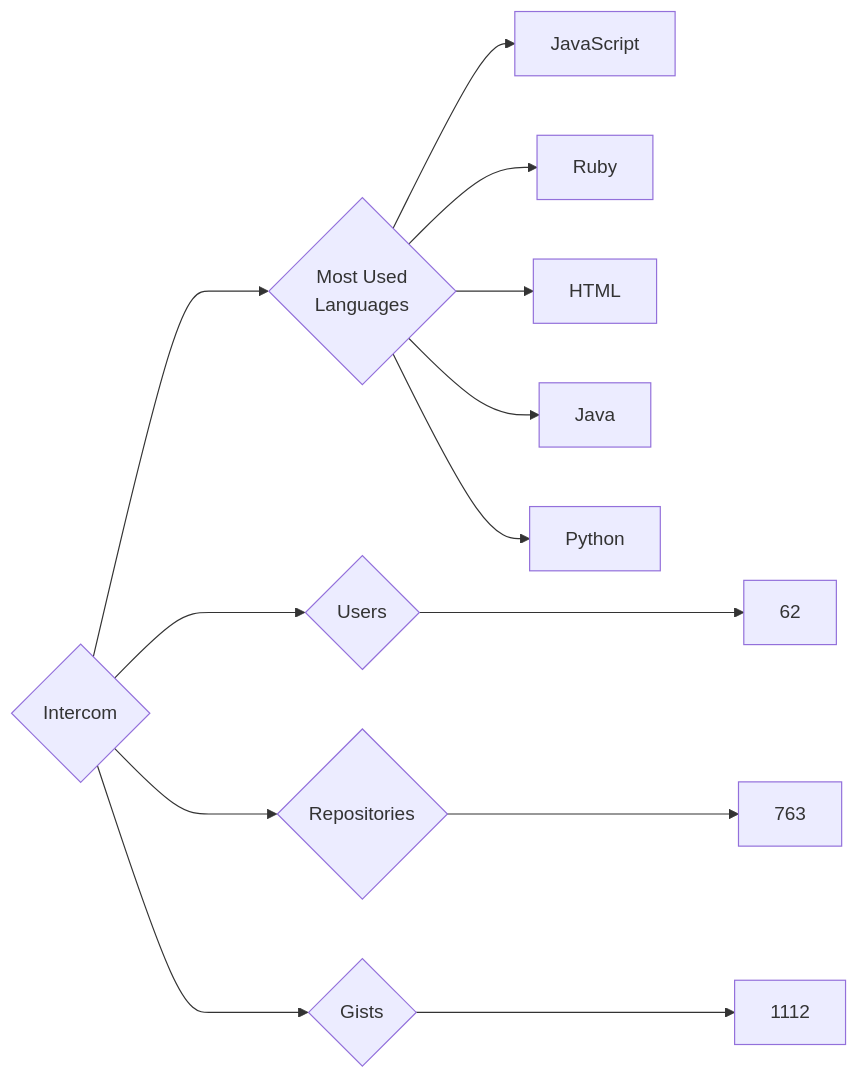
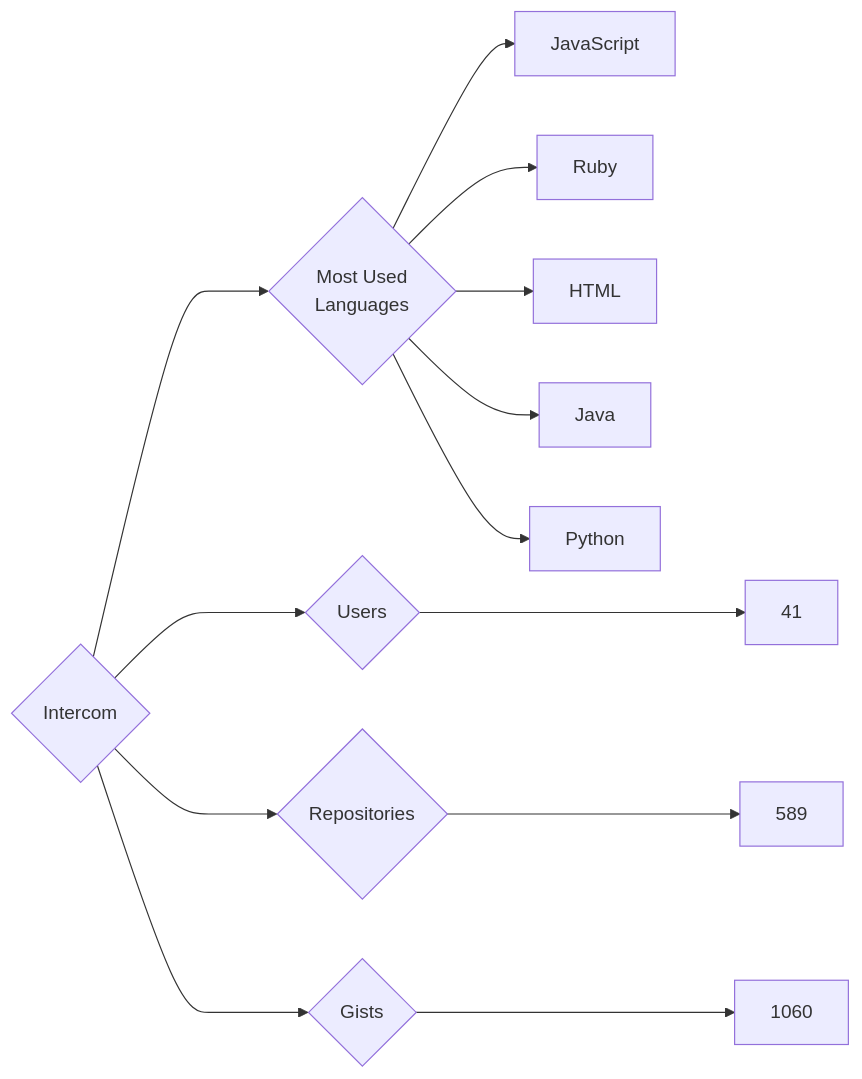
One commit to trickest/insiders changed the diagram in targets/Intercom/README.md. Above: the diagram before and after it, drawn with Mermaid. The commit also changed 569 other files, not shown here.

````diff
--- a/targets/Intercom/README.md
+++ b/targets/Intercom/README.md
@@ -3,13 +3,13 @@
 ```mermaid
 graph LR
 COMPANY_NAME{Intercom}
-COMPANY_NAME ---> U{Users} ---> UN[62]
-COMPANY_NAME ---> R{Repositories} ---> RN[763]
-COMPANY_NAME ---> G{Gists} ---> GN[1112]
+COMPANY_NAME ---> U{Users} ---> UN[41]
+COMPANY_NAME ---> R{Repositories} ---> RN[589]
+COMPANY_NAME ---> G{Gists} ---> GN[1060]
 COMPANY_NAME ---> ML{Most Used<br>Languages}
 ML --> JavaScript[JavaScript]
 ML --> Ruby[Ruby]
 ML --> HTML[HTML]
 ML --> Java[Java]
 ML --> Python[Python]
 ```
````
